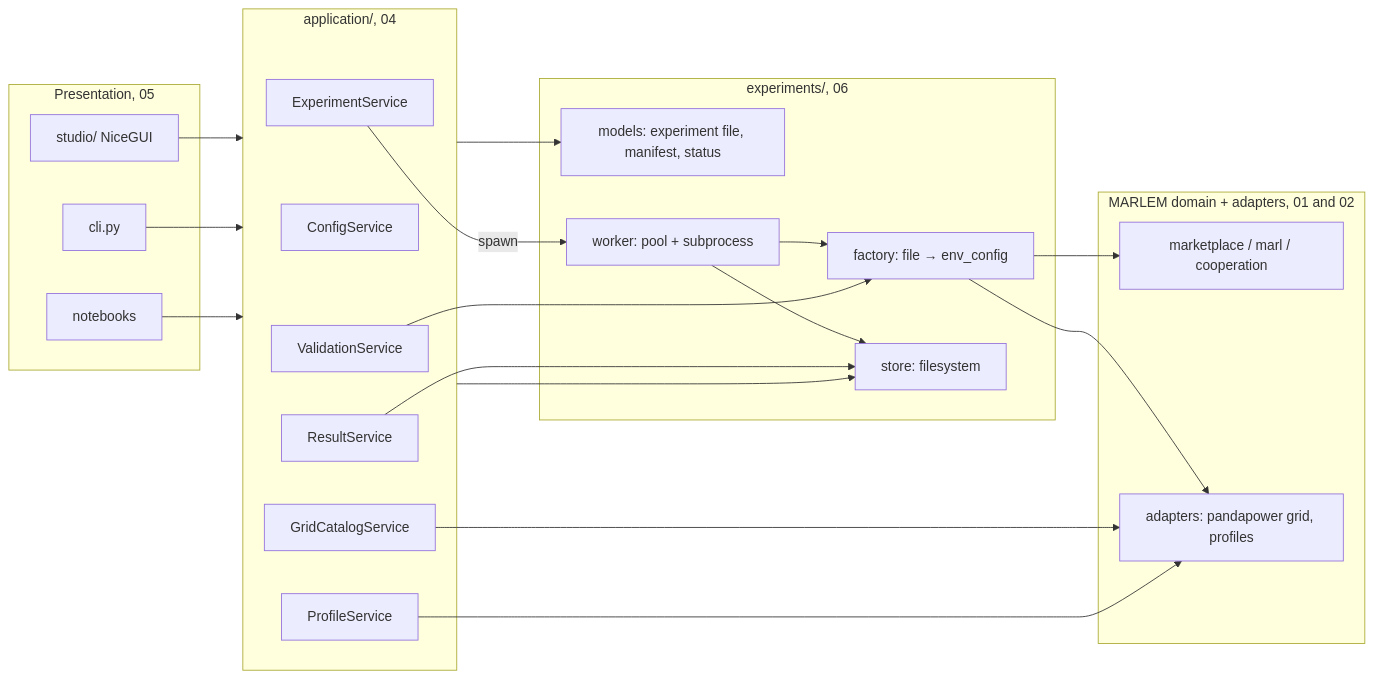
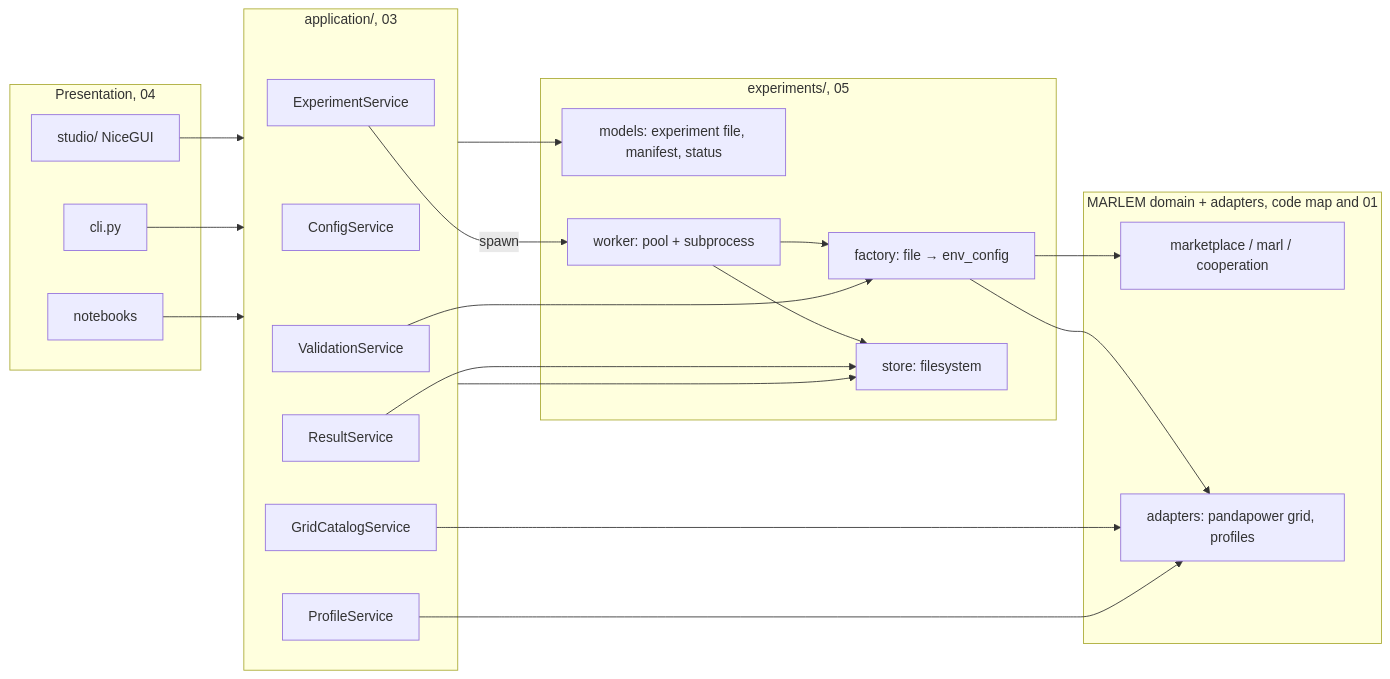
One commit to KevinRapo/P2P-thesis changed the second of 2 diagrams in docs/thesis/architecture/README.md. Above: the diagram before and after it, drawn with Mermaid. The commit also changed other lines of this file and 46 other files, not shown here.

First line of the commit message:
docs: move the paper-to-code map to docs/paper, renumber architecture 01-05

````diff
--- a/docs/thesis/architecture/README.md
+++ b/docs/thesis/architecture/README.md
@@ -69,39 +69,39 @@
 ```mermaid
 flowchart LR
-  subgraph P[Presentation, 05]
+  subgraph P[Presentation, 04]
     UI[studio/ NiceGUI]
     CLI[cli.py]
     NB[notebooks]
   end
-  subgraph A[application/, 04]
+  subgraph A[application/, 03]
     CF[ConfigService]
     GC[GridCatalogService]
     PR[ProfileService]
     VA[ValidationService]
     EX[ExperimentService]
     RE[ResultService]
   end
-  subgraph E[experiments/, 06]
+  subgraph E[experiments/, 05]
     MOD[models: experiment file, manifest, status]
     FAC[factory: file → env_config]
     STO[store: filesystem]
     WRK[worker: pool + subprocess]
   end
-  subgraph D[MARLEM domain + adapters, 01 and 02]
+  subgraph D[MARLEM domain + adapters, code map and 01]
     ENV[marketplace / marl / cooperation]
     ADP[adapters: pandapower grid, profiles]
   end
   UI --> A
   CLI --> A
   NB --> A
   A --> MOD
   A --> STO
   EX -->|spawn| WRK
   WRK --> FAC --> ENV
   FAC --> ADP
   GC --> ADP
   PR --> ADP
   VA --> FAC
   WRK --> STO
   RE --> STO
 ```
````
